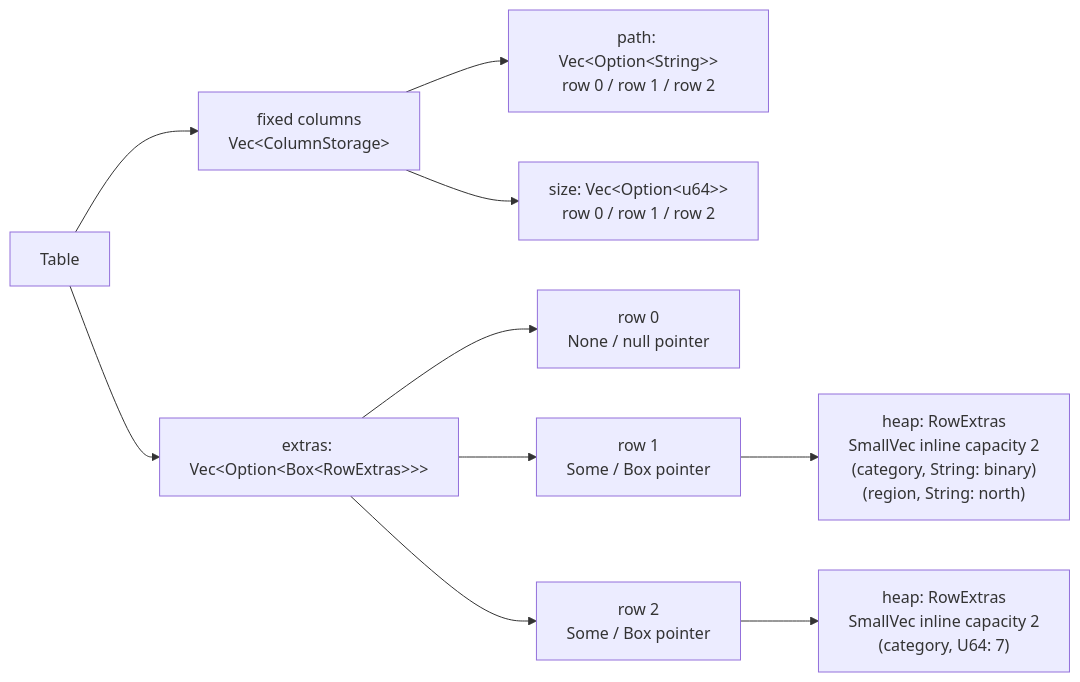
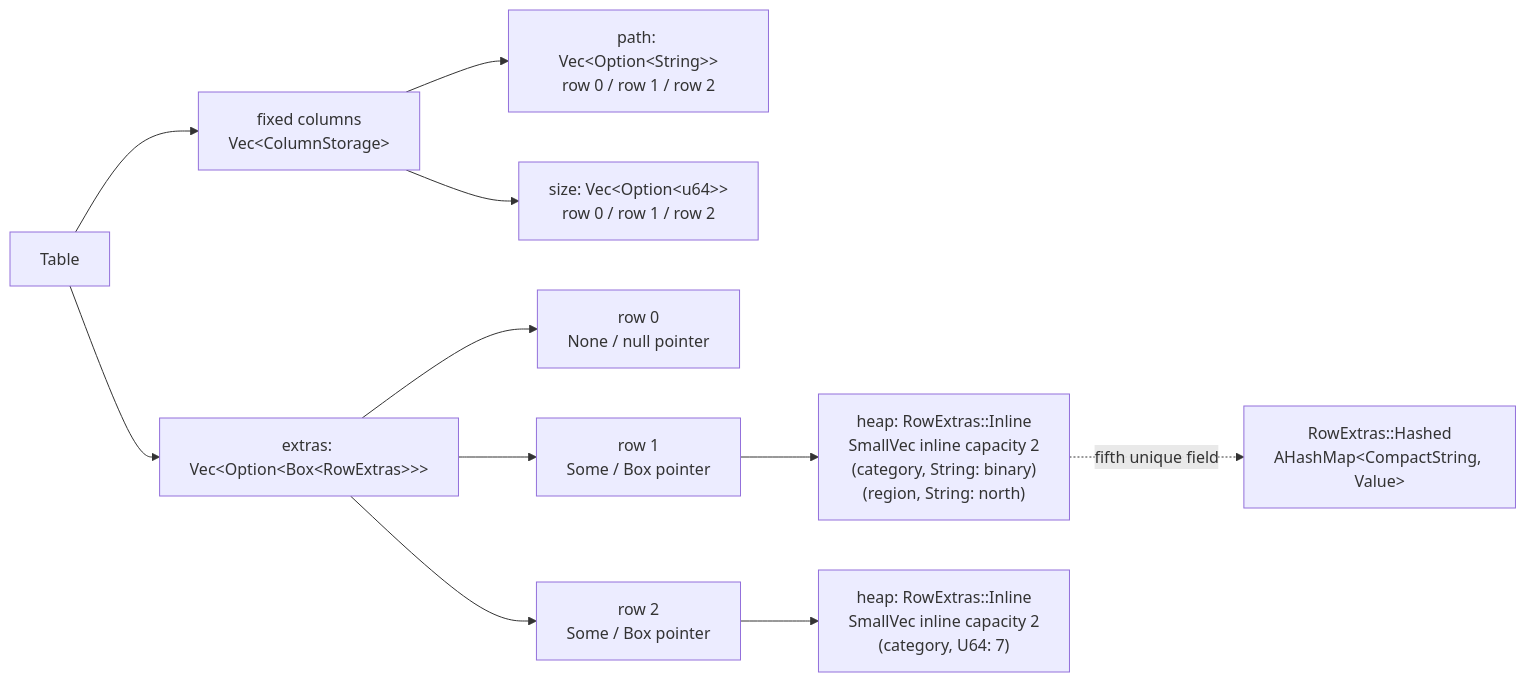
The second of 2 diagrams in docs/high-level/table.md (kjn-void/gd-rs), drawn with Mermaid before and after one commit. The commit also changed other lines of this file and 6 other files, not shown here.

Commit message:
Optimize wide open-schema rows

````diff
--- a/docs/high-level/table.md
+++ b/docs/high-level/table.md
@@ -44,14 +44,16 @@
 ```mermaid
 flowchart LR
     Table["Table"] --> Fixed["fixed columns<br/>Vec&lt;ColumnStorage&gt;"]
     Fixed --> Path["path: Vec&lt;Option&lt;String&gt;&gt;<br/>row 0 / row 1 / row 2"]
     Fixed --> Size["size: Vec&lt;Option&lt;u64&gt;&gt;<br/>row 0 / row 1 / row 2"]
 
     Table --> Sidecar["extras: Vec&lt;Option&lt;Box&lt;RowExtras&gt;&gt;&gt;"]
     Sidecar --> Slot0["row 0<br/>None / null pointer"]
     Sidecar --> Slot1["row 1<br/>Some / Box pointer"]
     Sidecar --> Slot2["row 2<br/>Some / Box pointer"]
 
-    Slot1 --> Heap1["heap: RowExtras<br/>SmallVec inline capacity 2<br/>(category, String: binary)<br/>(region, String: north)"]
-    Slot2 --> Heap2["heap: RowExtras<br/>SmallVec inline capacity 2<br/>(category, U64: 7)"]
+    Slot1 --> Heap1["heap: RowExtras::Inline<br/>SmallVec inline capacity 2<br/>(category, String: binary)<br/>(region, String: north)"]
+    Slot2 --> Heap2["heap: RowExtras::Inline<br/>SmallVec inline capacity 2<br/>(category, U64: 7)"]
+
+    Heap1 -. "fifth unique field" .-> Hashed["RowExtras::Hashed<br/>AHashMap&lt;CompactString, Value&gt;"]
 ```
````
